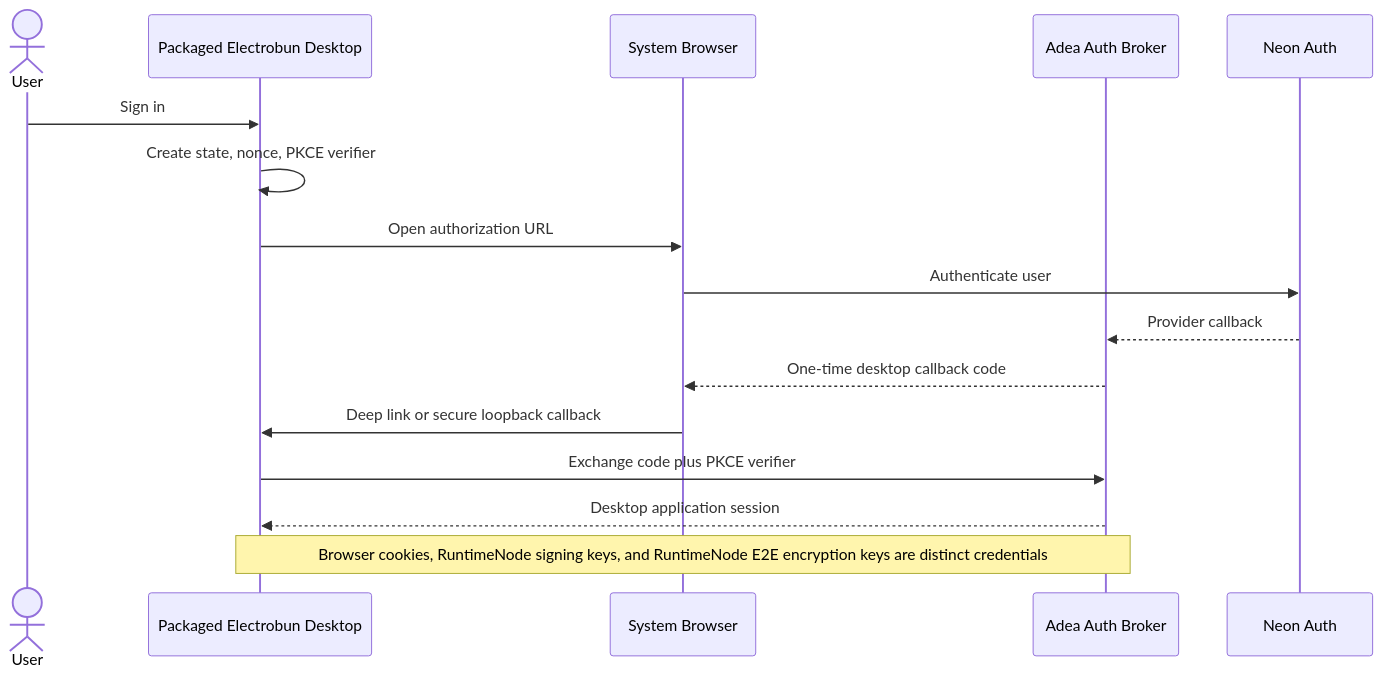
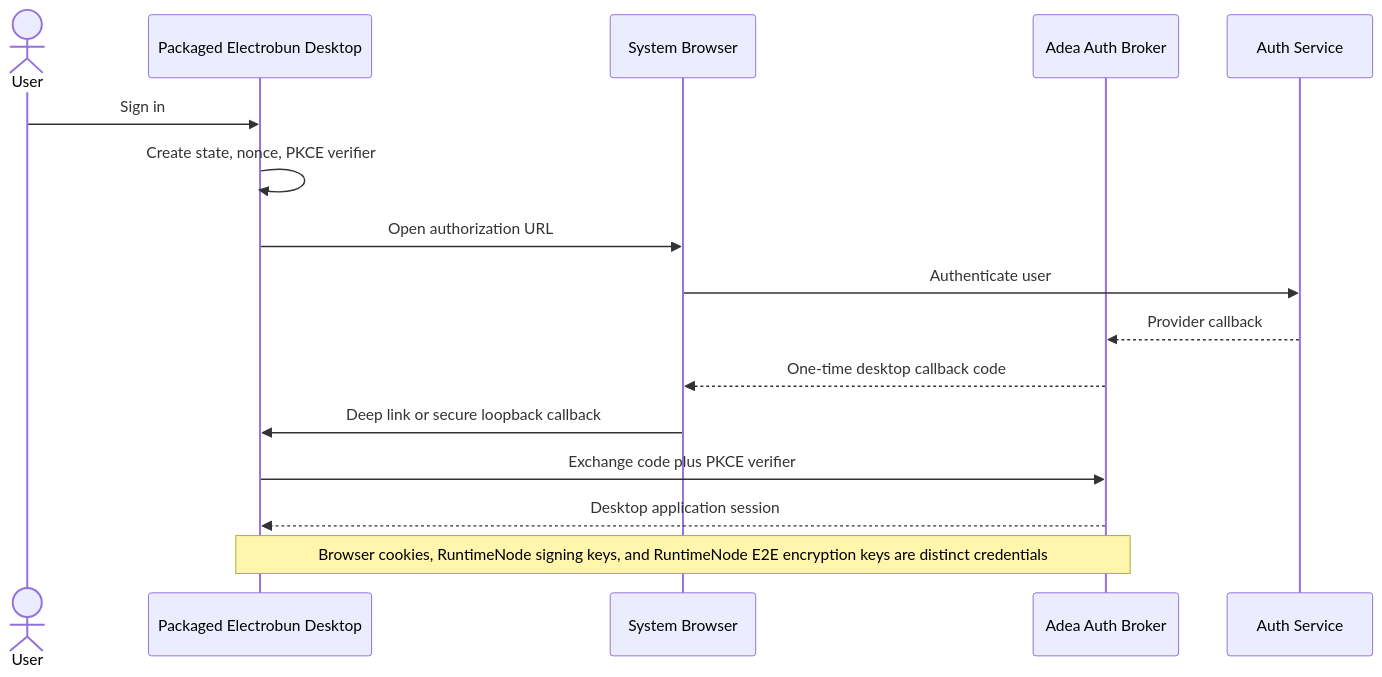
Diagram 13 of 18 in docs/architecture/diagram-sources.md (adea-ai/adea), drawn with Mermaid before and after one commit. The commit also changed other lines of this file and 146 other files, not shown here.

````diff
--- a/docs/architecture/diagram-sources.md
+++ b/docs/architecture/diagram-sources.md
@@ -482,18 +482,18 @@
 ```mermaid
 sequenceDiagram
     actor U as User
     participant D as Packaged Electrobun Desktop
     participant B as System Browser
     participant A as Adea Auth Broker
-    participant N as Neon Auth
+    participant N as Auth Service
     U->>D: Sign in
     D->>D: Create state, nonce, PKCE verifier
     D->>B: Open authorization URL
     B->>N: Authenticate user
     N-->>A: Provider callback
     A-->>B: One-time desktop callback code
     B->>D: Deep link or secure loopback callback
     D->>A: Exchange code plus PKCE verifier
     A-->>D: Desktop application session
     Note over D,A: Browser cookies, RuntimeNode signing keys, and RuntimeNode E2E encryption keys are distinct credentials
 ```
````
